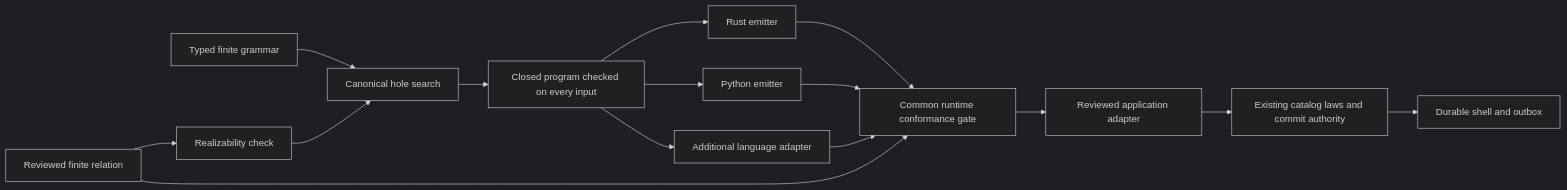
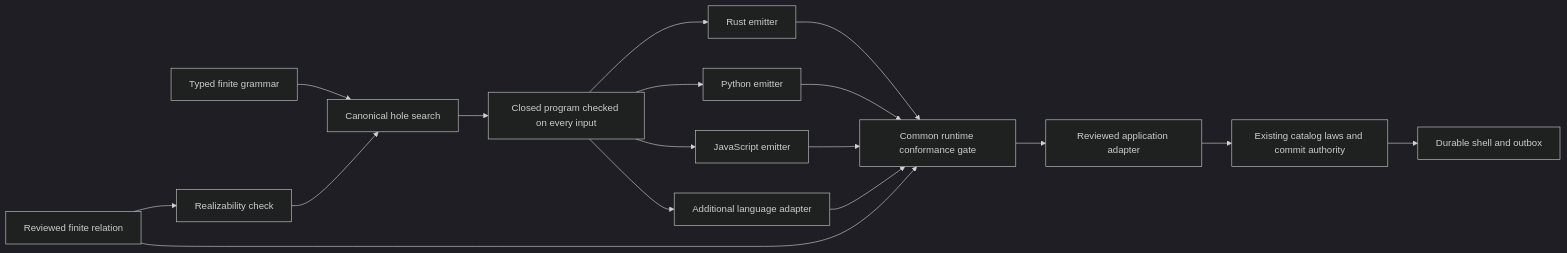
Before and after one commit to TheDarkLightX/ZenoFCIS: the diagram in docs/LANGUAGE_NEUTRAL_SYNTHESIS.md, drawn with Mermaid (dark theme). The commit also changed other lines of this file and 16 other files, not shown here.

First line of the commit message:
Add JavaScript finite synthesis and strengthen target conformance

````diff
--- a/docs/LANGUAGE_NEUTRAL_SYNTHESIS.md
+++ b/docs/LANGUAGE_NEUTRAL_SYNTHESIS.md
@@ -107,17 +110,19 @@
 ```mermaid
 flowchart LR
   A[Reviewed finite relation] --> B[Realizability check]
   C[Typed finite grammar] --> D[Canonical hole search]
   B --> D
   D --> E[Closed program checked on every input]
   E --> R[Rust emitter]
   E --> P[Python emitter]
+  E --> J[JavaScript emitter]
   E --> X[Additional language adapter]
   R --> V[Common runtime conformance gate]
   P --> V
+  J --> V
   X --> V
   A --> V
   V --> H[Reviewed application adapter]
   H --> L[Existing catalog laws and commit authority]
   L --> S[Durable shell and outbox]
 ```
````
